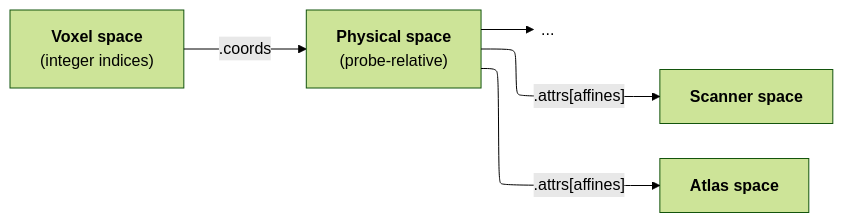
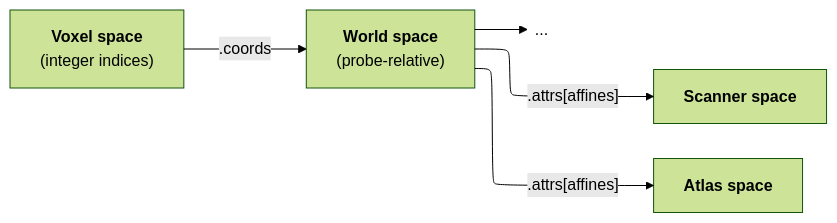
The diagram in docs/user-guide/spatial-conventions.md (confusius-tools/confusius), drawn with Mermaid (forest theme) before and after one commit. The commit also changed other lines of this file and 86 other files, not shown here.

````diff
--- a/docs/user-guide/spatial-conventions.md
+++ b/docs/user-guide/spatial-conventions.md
@@ -19,19 +19,19 @@
 ```mermaid
 ---
 config:
   layout: elk
 ---
 flowchart LR
     V["<b>Voxel space</b><br>(integer indices)"]
-    P["<b>Physical space</b><br>(probe-relative)"]
+    P["<b>World space</b><br>(probe-relative)"]
     W1["<b>Scanner space</b>"]
     ellipsis{{"..."}}
     W2["<b>Atlas space</b>"]
 
     V -->|".coords"| P
     P -->|".attrs[affines]"| W1
     P -->|".attrs[affines]"| W2
     P --> ellipsis
 
     ellipsis@{ shape: text }
 ```
````
